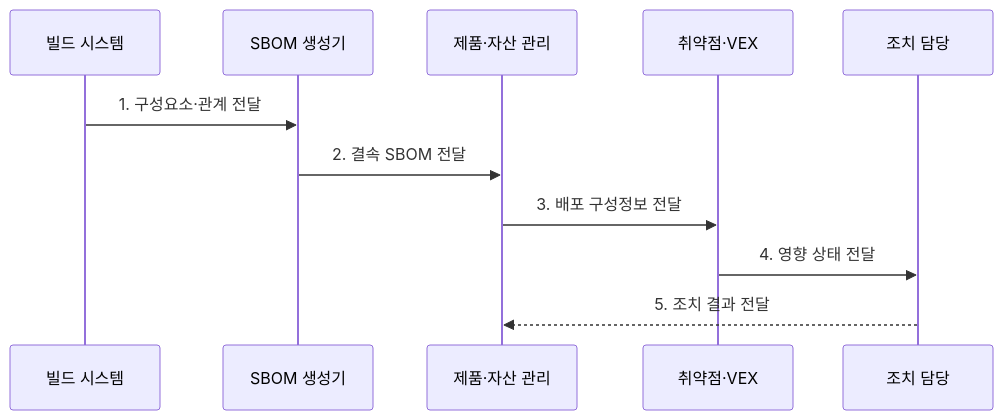
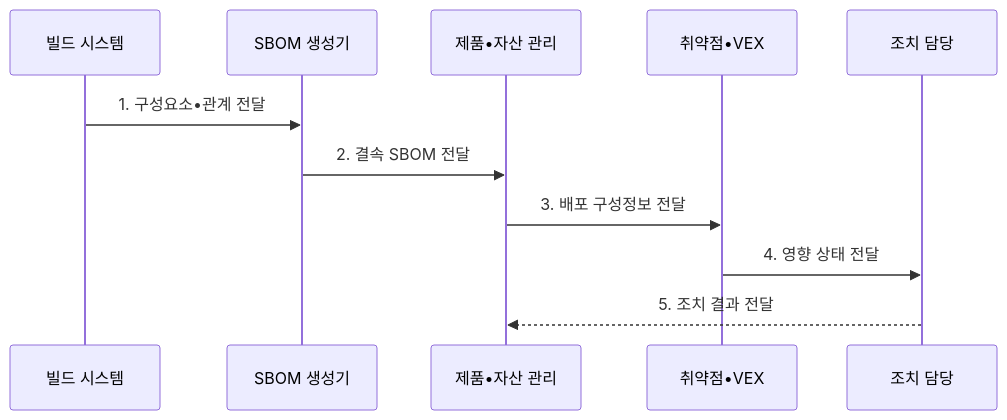
Before and after one commit to agnusdei1207/knowledge-base: the second of 2 diagrams in src/content/docs/notes/08-latest-tech/187_sbom.md, drawn with Mermaid. The commit also changed other lines of this file and 953 other files, not shown here.

````diff
--- a/src/content/docs/notes/08-latest-tech/187_sbom.md
+++ b/src/content/docs/notes/08-latest-tech/187_sbom.md
@@ -105,13 +105,13 @@
 ```mermaid
 sequenceDiagram
     participant B as 빌드 시스템
     participant S as SBOM 생성기
-    participant A as 제품·자산 관리
-    participant V as 취약점·VEX
+    participant A as 제품•자산 관리
+    participant V as 취약점•VEX
     participant O as 조치 담당
-    B->>S: 1. 구성요소·관계 전달
+    B->>S: 1. 구성요소•관계 전달
     S->>A: 2. 결속 SBOM 전달
     A->>V: 3. 배포 구성정보 전달
     V->>O: 4. 영향 상태 전달
     O-->>A: 5. 조치 결과 전달
 ```
````
